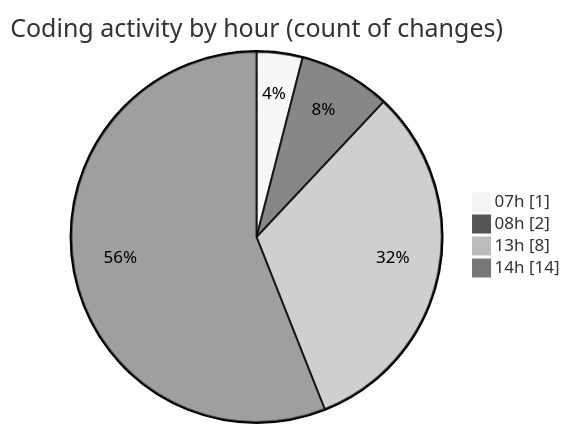
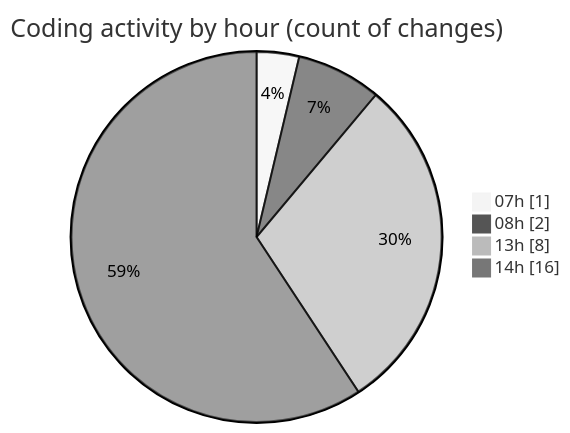
One commit to vahidmafi/code-tracking changed the second of 2 diagrams in 2025-01-24/zeytoon/README.md. Above: the diagram before and after it, drawn with Mermaid (neutral theme). The commit also changed other lines of this file and 1 other file, not shown here.

````diff
--- a/2025-01-24/zeytoon/README.md
+++ b/2025-01-24/zeytoon/README.md
@@ -49,8 +51,8 @@
 ```mermaid
 pie showData
 title Coding activity by hour (count of changes)
 "07h" : 1
 "08h" : 2
 "13h" : 8
-"14h" : 14
+"14h" : 16
 ```
````
